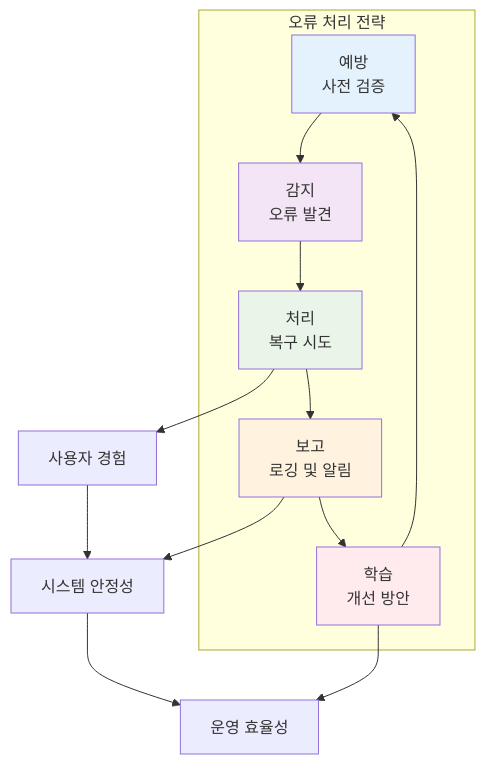
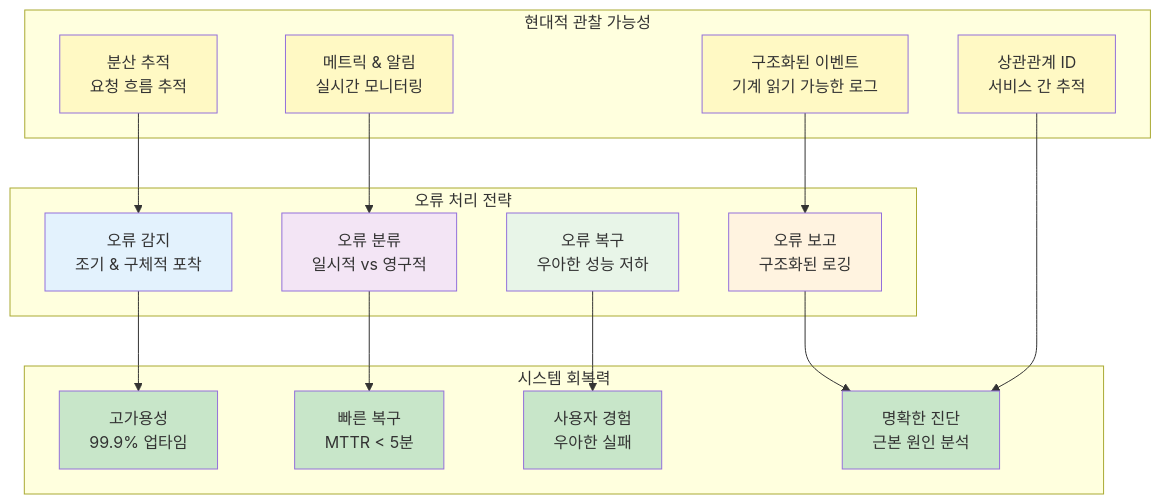
One commit to hunkim/VibeSoftwareEngineering changed the diagram in chapters/ko/chapter-06.md. Above: the diagram before and after it, drawn with Mermaid. The commit also changed other lines of this file and 7 other files, not shown here.

````diff
--- a/chapters/ko/chapter-06.md
+++ b/chapters/ko/chapter-06.md
@@ -24,29 +27,46 @@
 ```mermaid
 graph TD
     subgraph "오류 처리 전략"
-        A["예방<br/>사전 검증"]
-        B["감지<br/>오류 발견"]
-        C["처리<br/>복구 시도"]
-        D["보고<br/>로깅 및 알림"]
-        E["학습<br/>개선 방안"]
+        A["오류 감지<br/>조기 & 구체적 포착"]
+        B["오류 분류<br/>일시적 vs 영구적"]
+        C["오류 복구<br/>우아한 성능 저하"]
+        D["오류 보고<br/>구조화된 로깅"]
     end
     
-    A --> B
-    B --> C
-    C --> D
-    D --> E
-    E --> A
+    subgraph "시스템 회복력"
+        E["고가용성<br/>99.9% 업타임"]
+        F["빠른 복구<br/>MTTR < 5분"]
+        G["명확한 진단<br/>근본 원인 분석"]
+        H["사용자 경험<br/>우아한 실패"]
+    end
     
-    F["사용자 경험"] --> G["시스템 안정성"]
-    G --> H["운영 효율성"]
+    subgraph "현대적 관찰 가능성"
+        I["분산 추적<br/>요청 흐름 추적"]
+        J["메트릭 & 알림<br/>실시간 모니터링"]
+        K["구조화된 이벤트<br/>기계 읽기 가능한 로그"]
+        L["상관관계 ID<br/>서비스 간 추적"]
+    end
     
-    C --> F
+    A --> E
+    B --> F
+    C --> H
     D --> G
-    E --> H
+    
+    I --> A
+    J --> B
+    K --> D
+    L --> G
     
     style A fill:#e3f2fd
     style B fill:#f3e5f5
     style C fill:#e8f5e8
     style D fill:#fff3e0
-    style E fill:#ffebee
+    style E fill:#c8e6c9
+    style F fill:#c8e6c9
+    style G fill:#c8e6c9
+    style H fill:#c8e6c9
+    style I fill:#fff9c4
+    style J fill:#fff9c4
+    style K fill:#fff9c4
+    style L fill:#fff9c4
 ```
````
